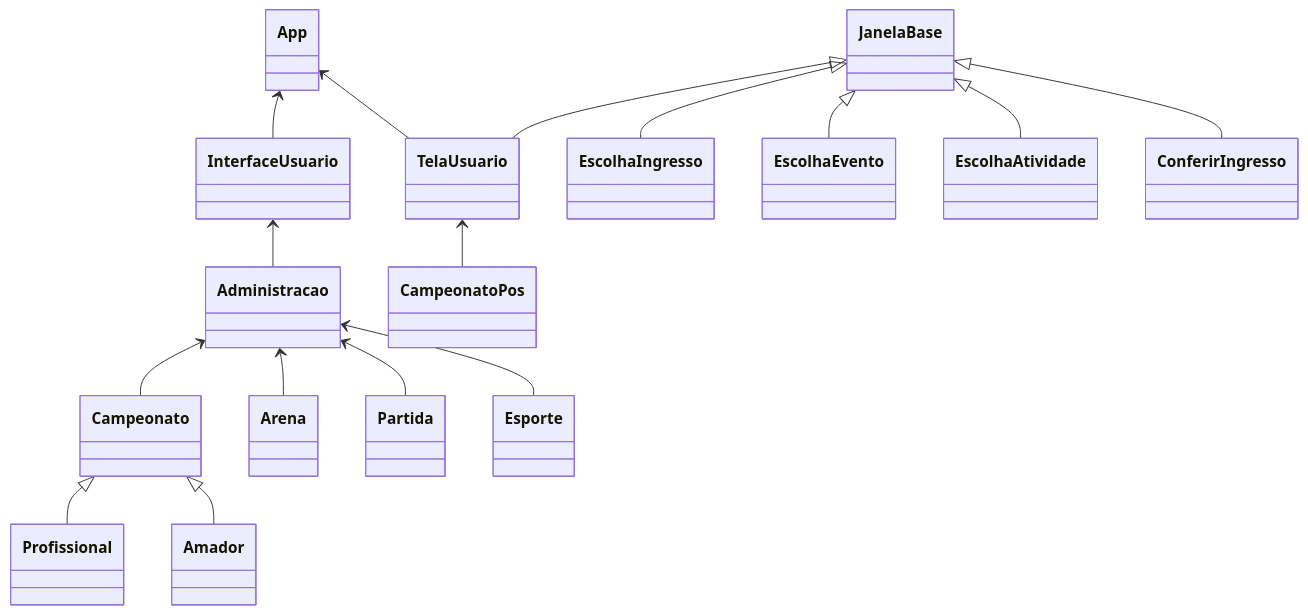
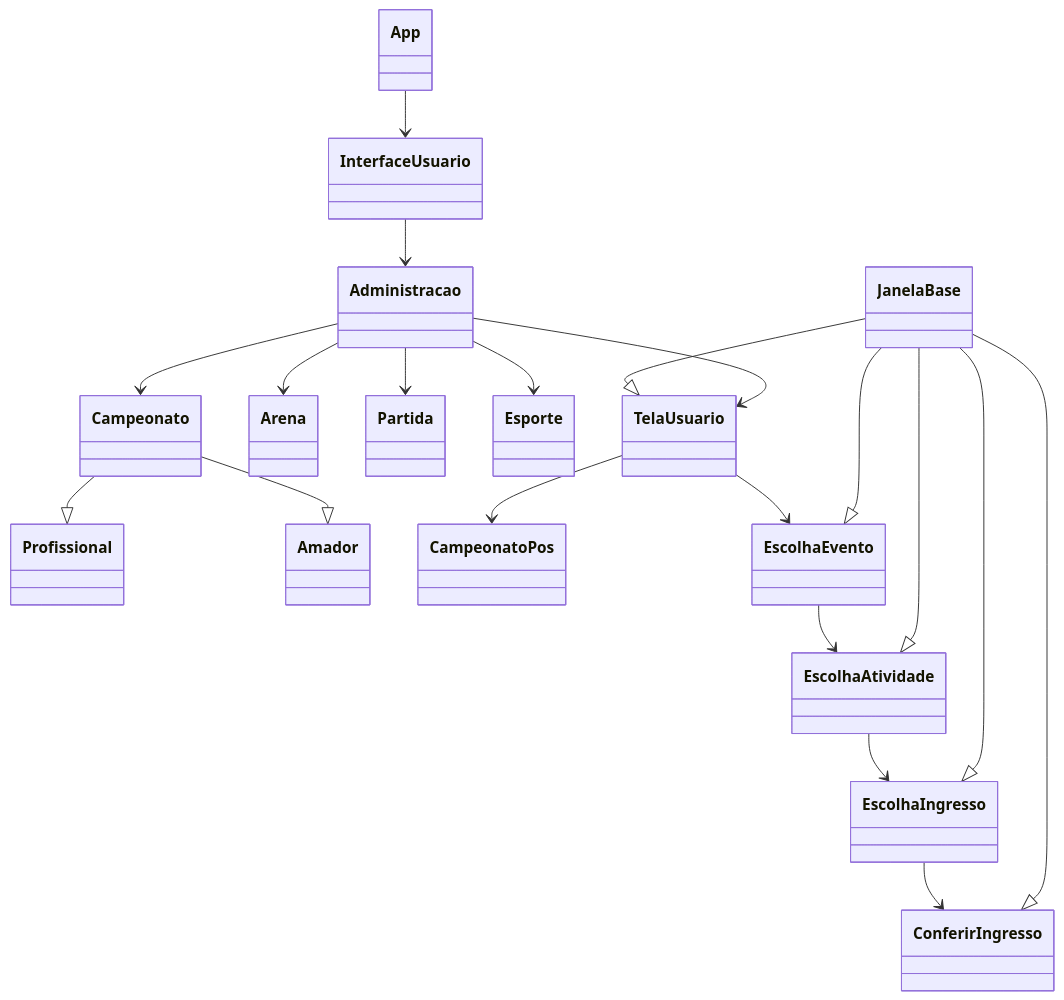
One commit to bernardoleris/sports-championships changed the diagram in README.md. Above: the diagram before and after it, drawn with Mermaid. The commit also changed 6 other files, not shown here.

````diff
--- a/README.md
+++ b/README.md
@@ -111,19 +111,24 @@
 ```mermaid
 classDiagram
-    App <-- InterfaceUsuario
-    InterfaceUsuario <-- Administracao
-    Administracao <-- Campeonato
-    Administracao <-- Arena
-    Administracao <-- Partida
-    Administracao <-- Esporte
-    Campeonato <|-- Profissional
-    Campeonato <|-- Amador
+    App --> InterfaceUsuario
+    InterfaceUsuario --> Administracao
+    Administracao --> Campeonato
+    Administracao --> Arena
+    Administracao --> Partida
+    Administracao --> Esporte
+    Campeonato --|> Profissional
+    Campeonato --|> Amador
 
-    App <-- TelaUsuario
-    TelaUsuario <-- CampeonatoPos
-    JanelaBase <|-- TelaUsuario
-    JanelaBase <|-- EscolhaIngresso
-    JanelaBase <|-- EscolhaEvento
-    JanelaBase <|-- EscolhaAtividade
-    JanelaBase <|-- ConferirIngresso
+    Administracao --> TelaUsuario
+    TelaUsuario --> CampeonatoPos
+    JanelaBase --|> TelaUsuario
+    JanelaBase --|> EscolhaIngresso
+    JanelaBase --|> EscolhaEvento
+    JanelaBase --|> EscolhaAtividade
+    JanelaBase --|> ConferirIngresso
+
+    TelaUsuario --> EscolhaEvento
+    EscolhaEvento --> EscolhaAtividade
+    EscolhaAtividade --> EscolhaIngresso
+    EscolhaIngresso --> ConferirIngresso
 ```
````
